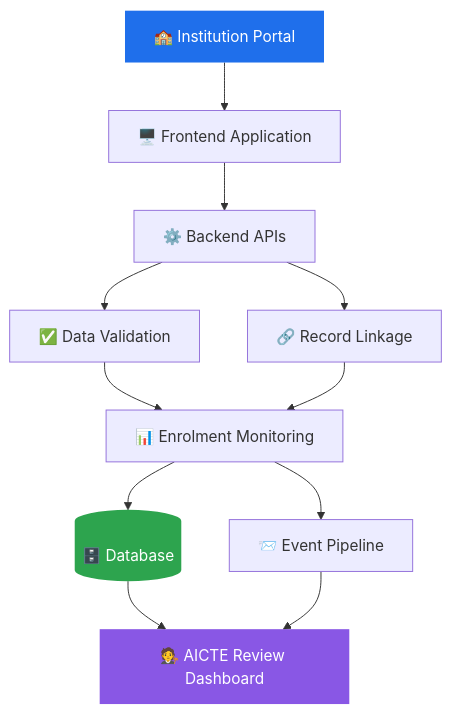
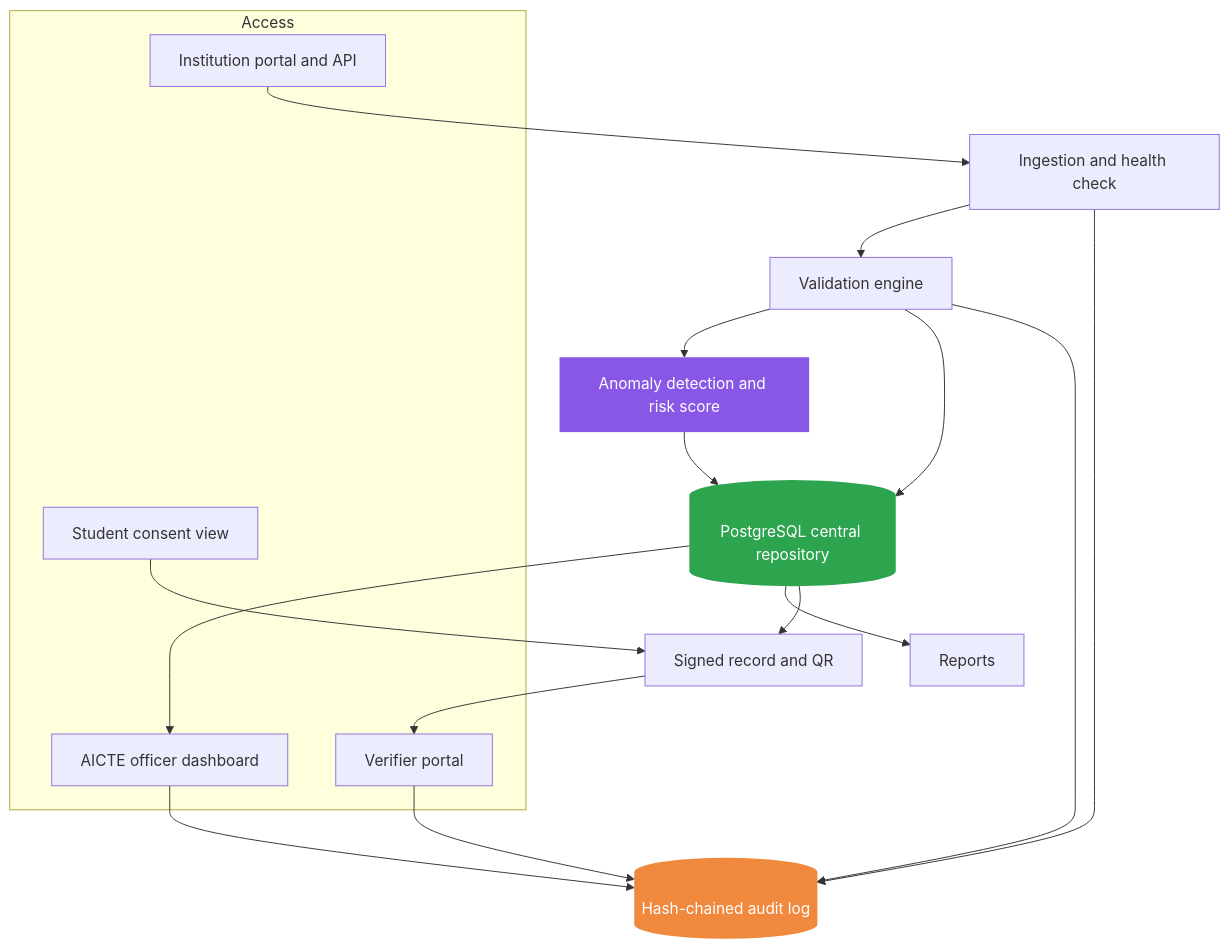
One commit to sakshipatil-hue/APAAR-Connect changed the second of 2 diagrams in README.md. Above: the diagram before and after it, drawn with Mermaid. The commit also changed other lines of this file, not shown here.

````diff
--- a/README.md
+++ b/README.md
@@ -132,17 +221,27 @@
 ```mermaid
 flowchart TB
-    P[🏫 Institution Portal] --> F[🖥️ Frontend Application]
-    F --> API[⚙️ Backend APIs]
-    API --> V[✅ Data Validation]
-    API --> R[🔗 Record Linkage]
-    V --> M[📊 Enrolment Monitoring]
-    R --> M
-    M --> DB[(🗄️ Database)]
-    M --> EP[📨 Event Pipeline]
-    DB --> D[🧑‍⚖️ AICTE Review Dashboard]
-    EP --> D
+    subgraph Access
+      I[Institution portal and API]
+      O[AICTE officer dashboard]
+      V[Verifier portal]
+      S[Student consent view]
+    end
+    I --> ING[Ingestion and health check]
+    ING --> VAL[Validation engine]
+    VAL --> ML[Anomaly detection and risk score]
+    ML --> DB[(PostgreSQL central repository)]
+    VAL --> DB
+    DB --> O
+    DB --> REP[Reports]
+    DB --> SIGN[Signed record and QR]
+    SIGN --> V
+    S --> SIGN
+    ING --> AUD[(Hash-chained audit log)]
+    VAL --> AUD
+    O --> AUD
+    V --> AUD
 
-    style P fill:#1f6feb,color:#fff,stroke:none
-    style D fill:#8957e5,color:#fff,stroke:none
+    style ML fill:#8957e5,color:#fff,stroke:none
     style DB fill:#2da44e,color:#fff,stroke:none
+    style AUD fill:#f0883e,color:#fff,stroke:none
 ```
````
